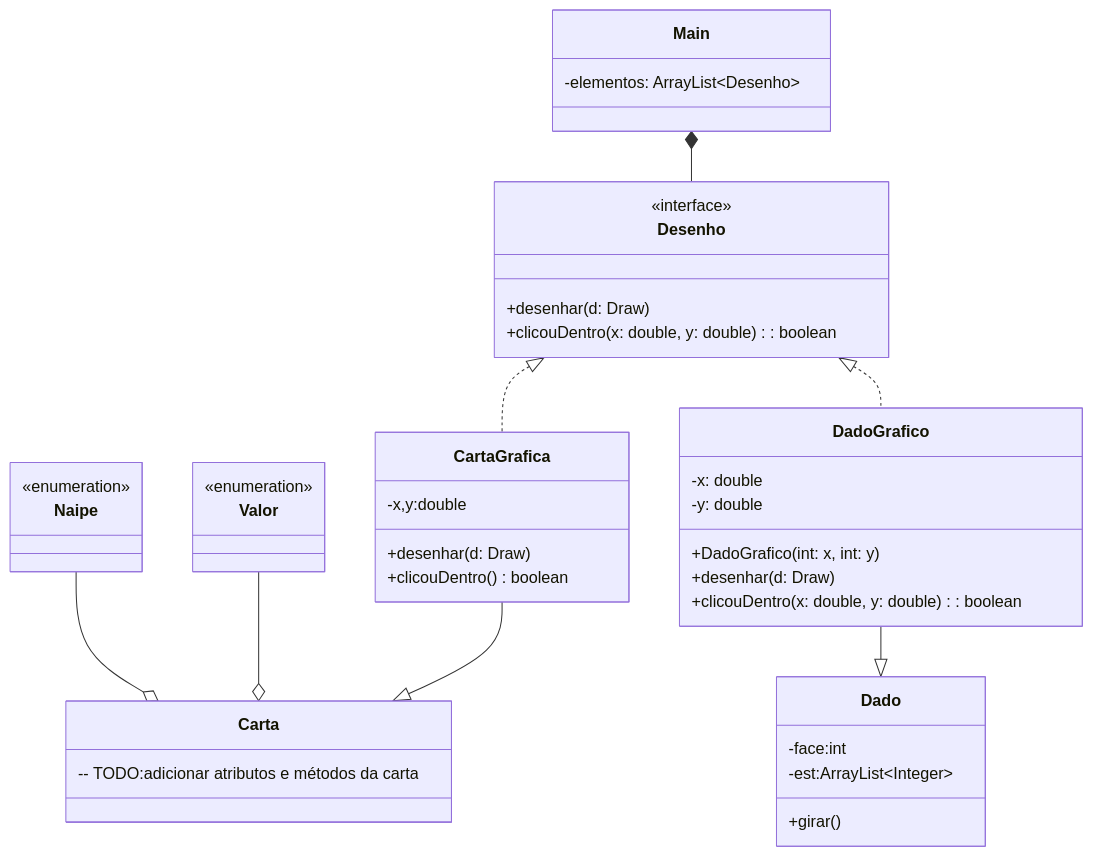
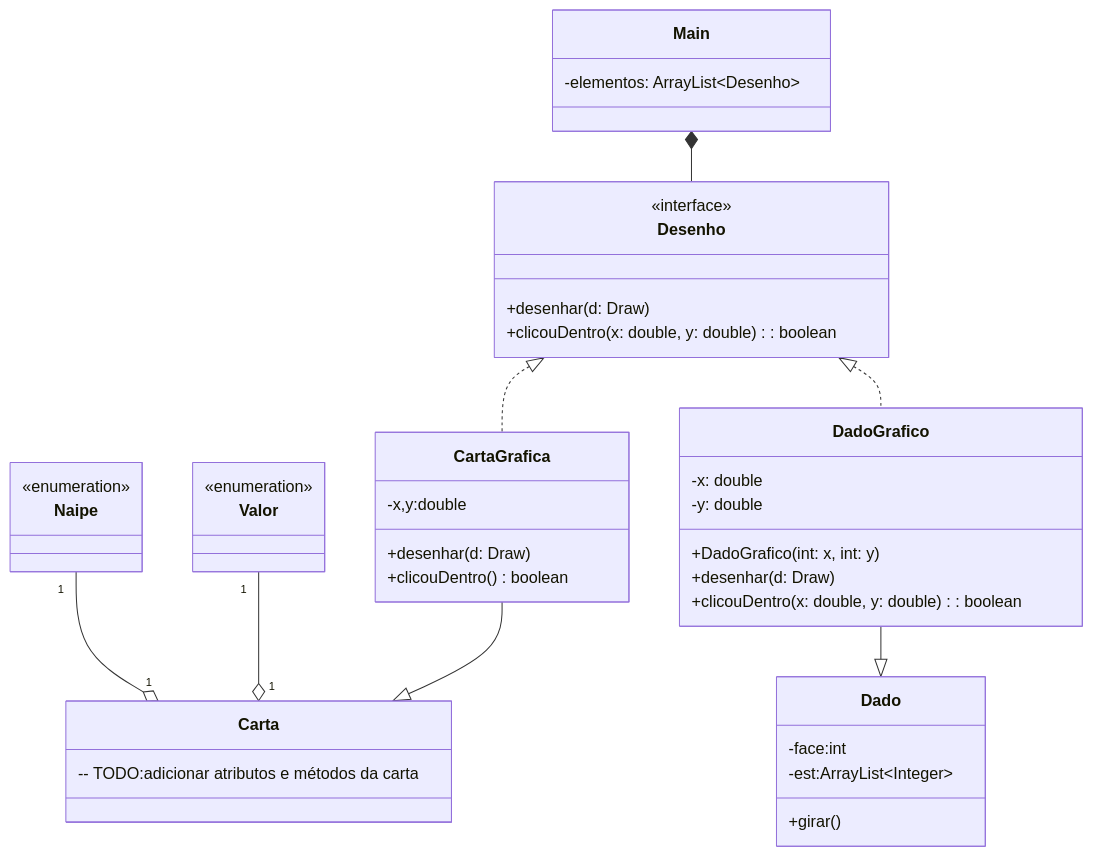
Before and after one commit to kaleu-b/poo: the diagram in lab07/untitled/readme.md, drawn with Mermaid.

Commit message:
Ajustando o UML

````diff
--- a/lab07/untitled/readme.md
+++ b/lab07/untitled/readme.md
@@ -1,56 +1,56 @@
 ```mermaid
 classDiagram
 direction TB
 
     class Naipe {
         <<enumeration>>
     }
 
     class Valor {
         <<enumeration>>
     }
 
     class Carta {
         -- TODO:adicionar atributos e métodos da carta
     }
 
     class CartaGrafica {
         -x,y:double
         +desenhar(d: Draw)
         +clicouDentro()boolean
     }
 
     class Main {
         -elementos: ArrayList~Desenho~
     }
 
     class Dado {
         -face:int
         -est:ArrayList~Integer~
         +girar()
     }
 
     class DadoGrafico {
         -x: double
         -y: double
         +DadoGrafico(int: x, int: y)
         +desenhar(d: Draw)
         +clicouDentro(x: double, y: double) : boolean
     }
 
     class Desenho {
         <<interface>>
         +desenhar(d: Draw)
         +clicouDentro(x: double, y: double) : boolean
     }
 
-    Naipe --o Carta
-    Valor --o Carta
+    Naipe "1" --o "1" Carta
+    Valor "1" --o "1" Carta
     CartaGrafica --|> Carta
     DadoGrafico --|> Dado
     Desenho <|.. CartaGrafica
     Desenho <|.. DadoGrafico
     Main *-- Desenho
     
     
 ```
````
